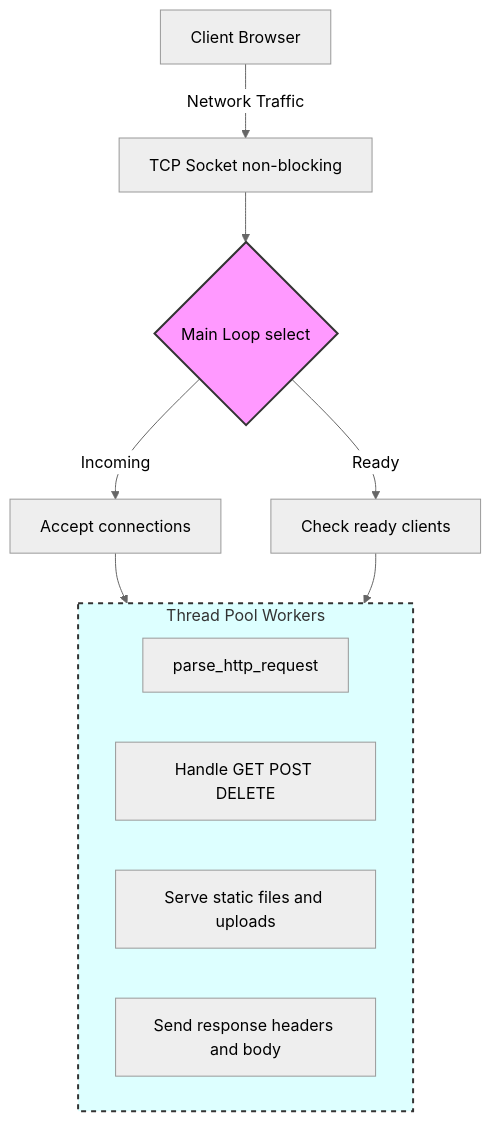
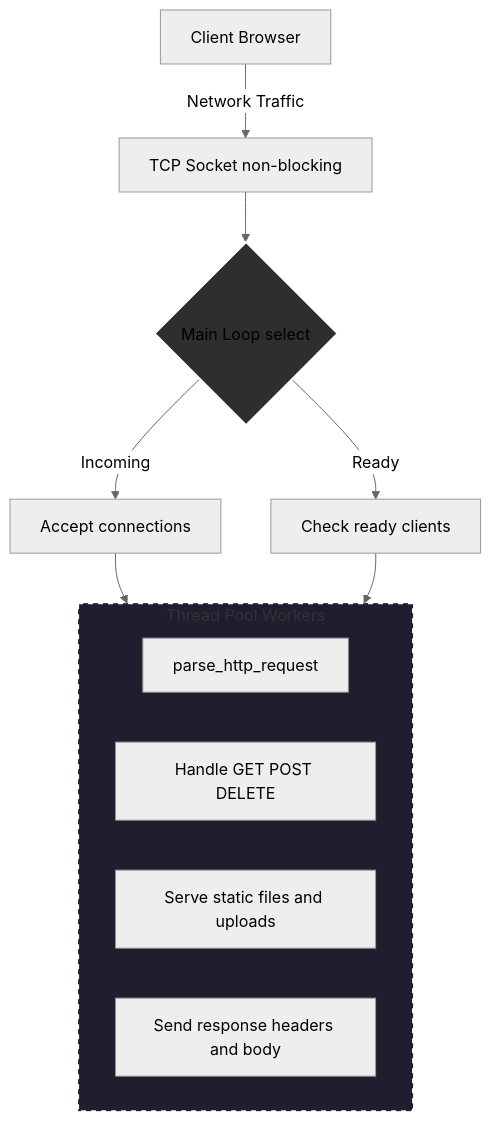
One commit to andrewooi924/httpwebserver changed the diagram in README.md. Above: the diagram before and after it, drawn with Mermaid (neutral theme).

Commit message:
Fixed architecture diagram and changed to better matching colours

````diff
--- a/README.md
+++ b/README.md
@@ -20,21 +20,21 @@
 ```mermaid
 graph TD
     Client[Client Browser] -->|Network Traffic| Socket[TCP Socket non-blocking]
     Socket --> MainLoop{Main Loop select}
 
     MainLoop -->|Incoming| Accept[Accept connections]
     MainLoop -->|Ready| Check[Check ready clients]
 
     Accept --> Workers
     Check --> Workers
 
     subgraph Workers [Thread Pool Workers]
         parse[parse_http_request]
         handle[Handle GET POST DELETE]
         serve[Serve static files and uploads]
         send[Send response headers and body]
     end
 
-    style MainLoop fill:#F9F,stroke:#333,stroke-width:2px
-    style Workers fill:#DFF,stroke:#333,stroke-width:2px,stroke-dasharray: 5 5
+    style MainLoop fill:#2E2E2E,stroke:#FFFFFF,stroke-width:2px
+    style Workers fill:#1E1E2E,stroke:#FFFFFF,stroke-width:2px,stroke-dasharray: 5 5
 ```
````
